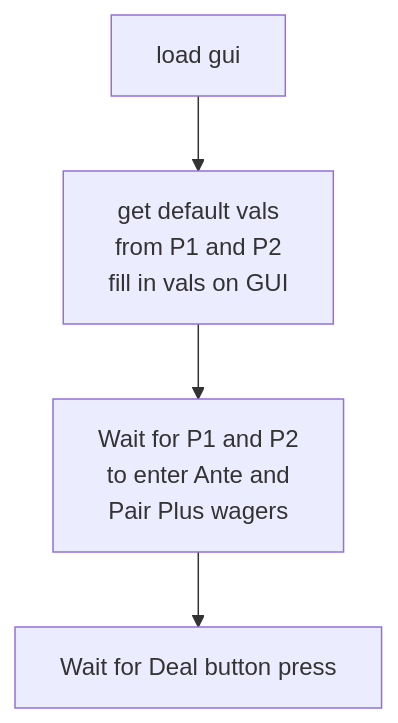
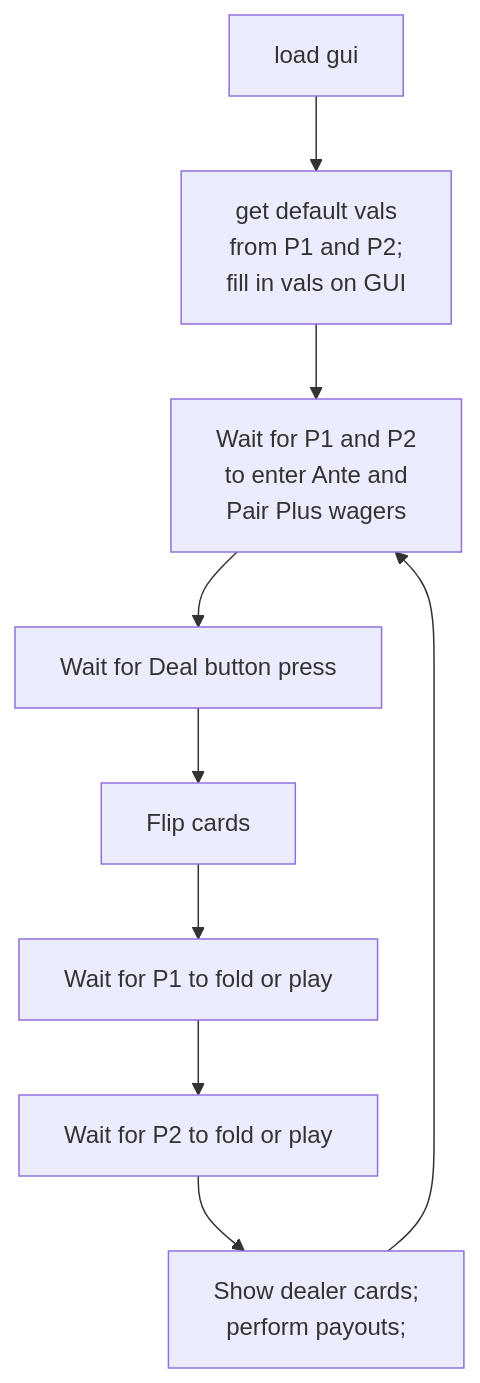
Before and after one commit to david-dozer/cs342-poker: the diagram in README.md, drawn with Mermaid.

Commit message:
planning

````diff
--- a/README.md
+++ b/README.md
@@ -5,6 +5,11 @@
 ```mermaid
   graph TD;
-      A[load gui ]-->B[get default vals <br> from P1 and P2 <br> fill in vals on GUI];
+      A[load gui ]-->B[get default vals <br> from P1 and P2; <br> fill in vals on GUI];
       B-->C[Wait for P1 and P2 <br> to enter Ante and <br> Pair Plus wagers];
       C-->D[Wait for Deal button press];
+      D-->E[Flip cards];
+      E-->F[Wait for P1 to fold or play];
+      F-->G[Wait for P2 to fold or play];
+      G-->H[Show dealer cards; <br> perform payouts;];
+      H-->C;
 ```
````
